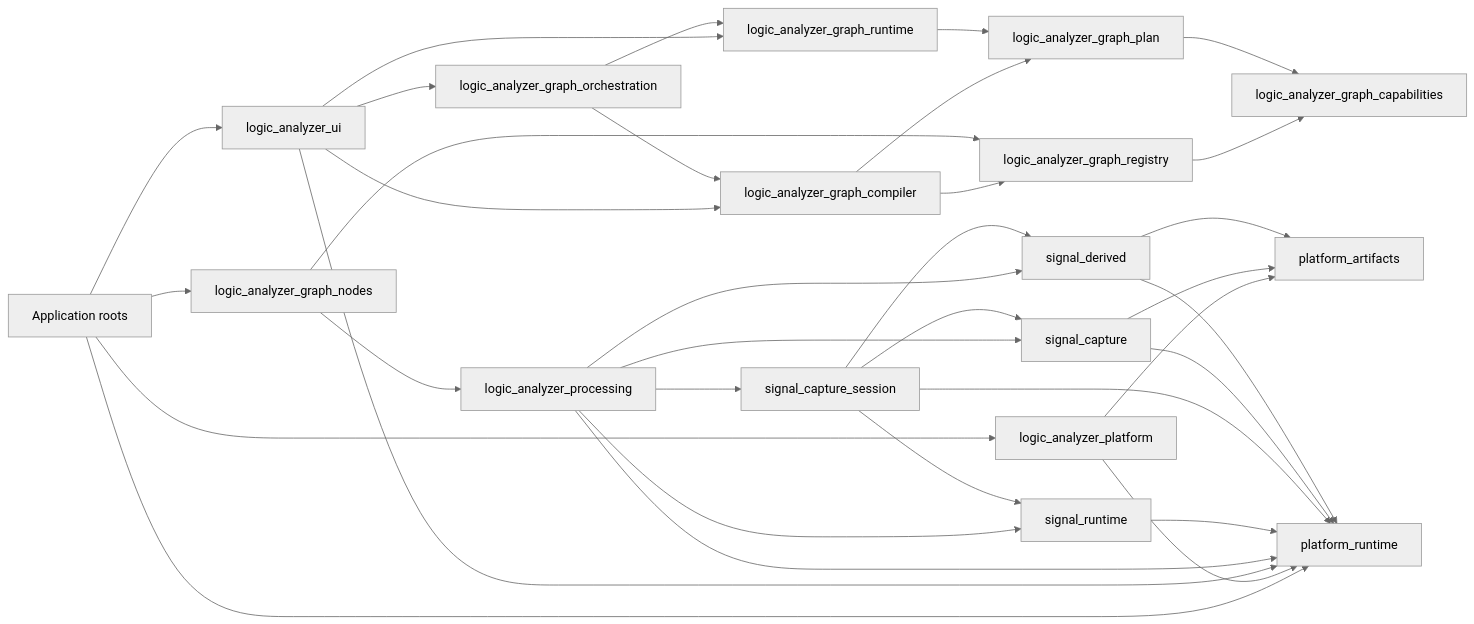
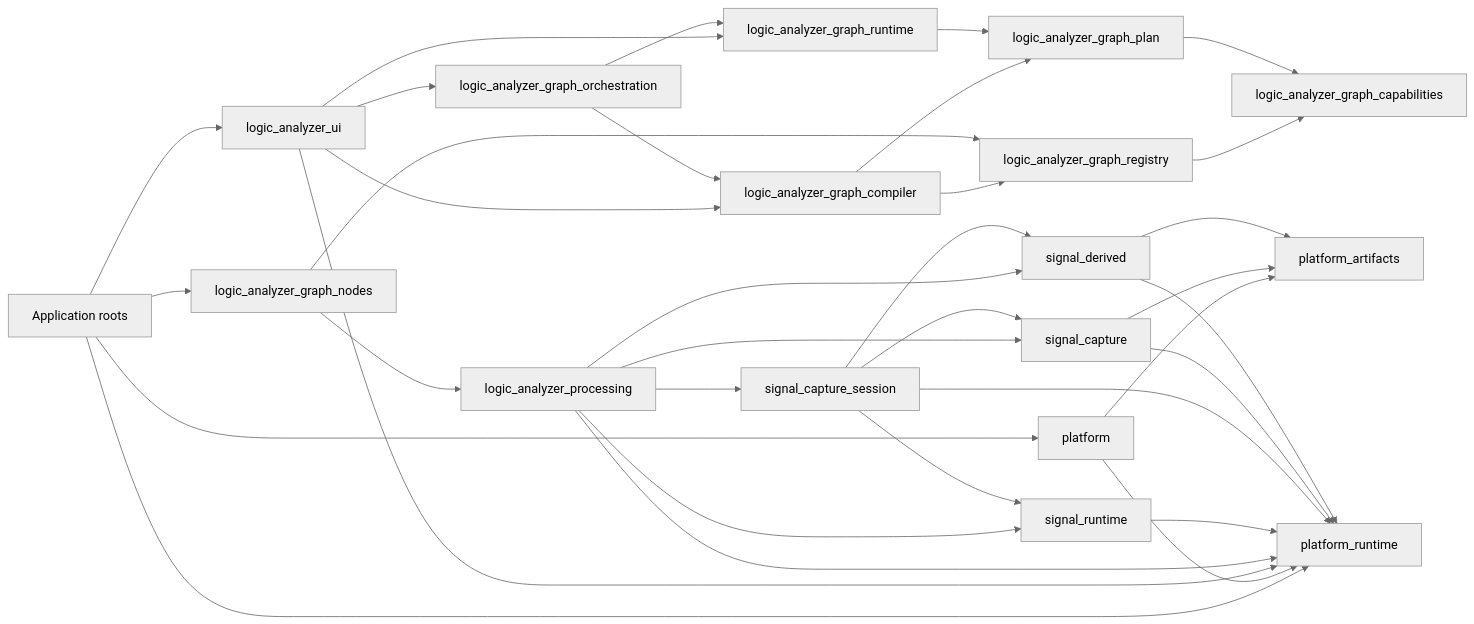
The first of 2 diagrams in docs/architecture/crate_responsibility.md (rcaelers/dsl), drawn with Mermaid (neutral theme) before and after one commit. The commit also changed other lines of this file and 53 other files, not shown here.

````diff
--- a/docs/architecture/crate_responsibility.md
+++ b/docs/architecture/crate_responsibility.md
@@ -242,36 +242,36 @@
 ```mermaid
 flowchart LR
-    Apps[Application roots] --> Platform[logic_analyzer_platform]
+    Apps[Application roots] --> Platform[platform]
     Apps --> HostRuntime[platform_runtime]
     Apps --> UI[logic_analyzer_ui]
     Apps --> Nodes[logic_analyzer_graph_nodes]
     Platform --> Artifacts[platform_artifacts]
     Platform --> HostRuntime
     UI --> Compiler[logic_analyzer_graph_compiler]
     UI --> Runtime[logic_analyzer_graph_runtime]
     UI --> Orchestration[logic_analyzer_graph_orchestration]
     UI --> HostRuntime
     Orchestration --> Compiler
     Orchestration --> Runtime
     Compiler --> Registry[logic_analyzer_graph_registry]
     Compiler --> Plan[logic_analyzer_graph_plan]
     Runtime --> Plan
     Registry --> Capabilities[logic_analyzer_graph_capabilities]
     Plan --> Capabilities
     Nodes --> Registry
     Nodes --> Processing[logic_analyzer_processing]
     Processing --> HostRuntime
     Processing --> Session[signal_capture_session]
     Processing --> Capture[signal_capture]
     Processing --> Derived[signal_derived]
     Processing --> Stream[signal_runtime]
     Stream --> HostRuntime
     Session --> Capture
     Session --> Derived
     Session --> Stream
     Session --> HostRuntime
     Capture --> Artifacts
     Capture --> HostRuntime
     Derived --> Artifacts
     Derived --> HostRuntime
 ```
````
